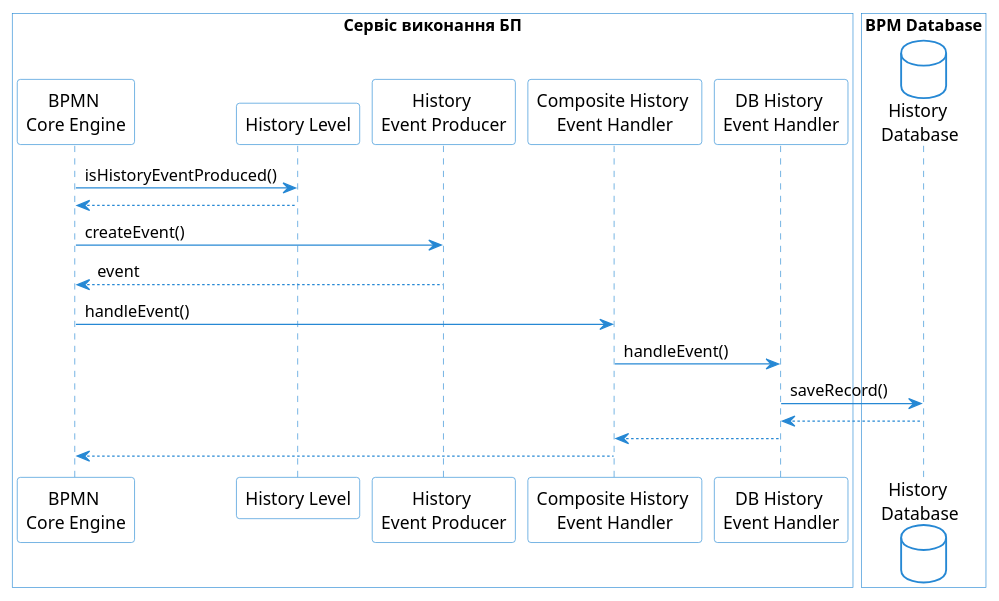
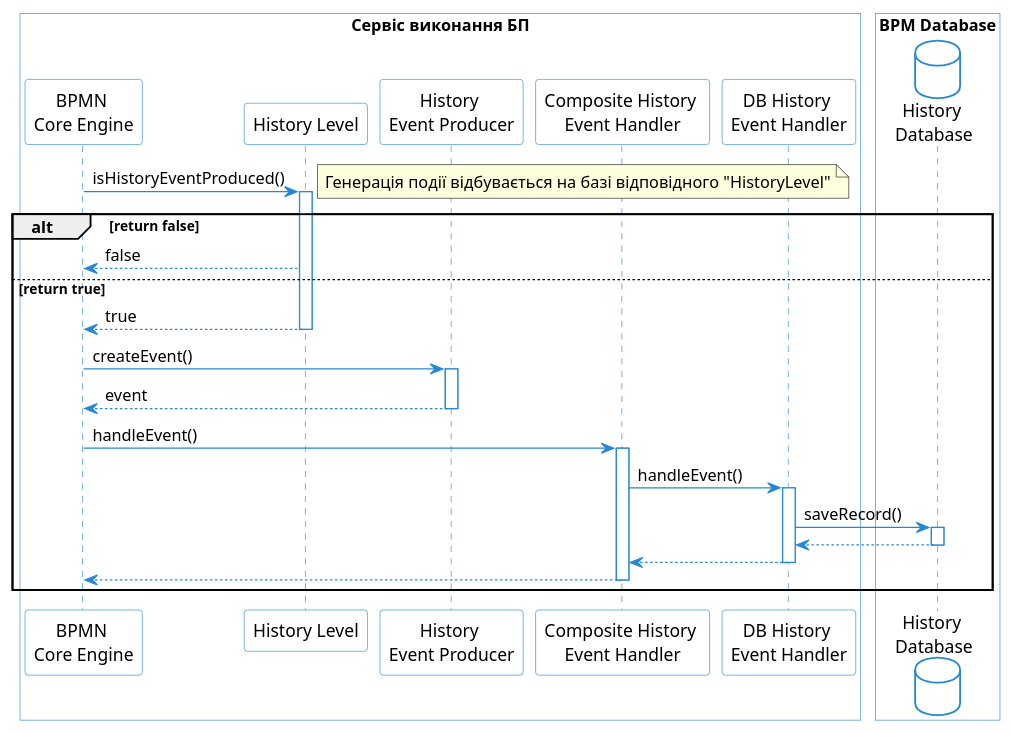
Before and after one commit to epam/edp-ddm-architecture: the first of 5 diagrams in modules/ROOT/pages/lowcode/bpm-history.adoc, drawn with PlantUML. The commit also changed other lines of this file, not shown here.

Commit message:
[MDTUDDM-10775] bpm history low-level design completed with database-history-level property

```diff
--- a/modules/ROOT/pages/lowcode/bpm-history.adoc
+++ b/modules/ROOT/pages/lowcode/bpm-history.adoc
@@ -14,41 +32,45 @@
 [plantuml]
 ----
 @startuml
 skinparam shadowing false
 skinparam DatabaseBackgroundColor white
 skinparam DatabaseBorderColor #2688d4
 skinparam sequence {
     ArrowColor #2688d4
     ActorBorderColor #2688d4
     LifeLineBorderColor #2688d4
     ParticipantBorderColor #2688d4
     ParticipantBackgroundColor white
     BoxBorderColor #2688d4
     BoxBackgroundColor white
 }
 
 box "Сервіс виконання БП"
     participant "BPMN \nCore Engine" as engine
     participant "History Level" as history_level
     participant "History \nEvent Producer" as producer
     participant "Composite History \nEvent Handler" as composite_handler
     participant "DB History \nEvent Handler" as db_handler
 end box
 
 box "BPM Database"
     database "History \nDatabase" as history_db
 end box
 
-engine -> history_level: isHistoryEventProduced()
-history_level --> engine
-engine -> producer: createEvent()
-producer --> engine: event
-engine -> composite_handler: handleEvent()
-composite_handler -> db_handler: handleEvent()
-  db_handler -> history_db: saveRecord()
-  history_db --> db_handler
-  db_handler --> composite_handler
-composite_handler --> engine
-
+engine -> history_level ++: isHistoryEventProduced()
+note right: Генерація події відбувається на базі відповідного "HistoryLevel"
+alt return false
+  engine <-- history_level: false
+else return true
+  return true
+  engine -> producer ++: createEvent()
+  return event
+  engine -> composite_handler ++: handleEvent()
+  composite_handler -> db_handler ++: handleEvent()
+  db_handler -> history_db++: saveRecord()
+  return
+  return
+  return
+end
 @enduml
 ----
```
